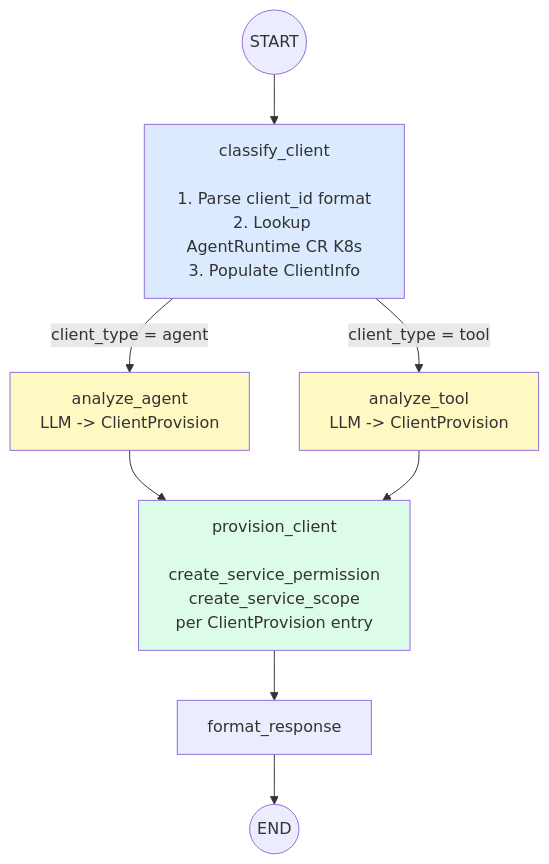
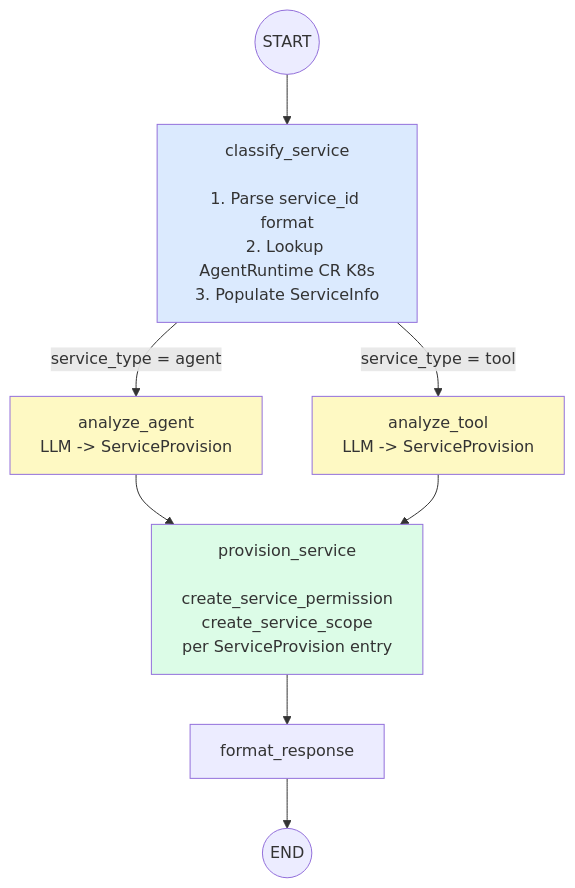
One commit to rossoctl/aiac changed the second of 8 diagrams in inception/requirements/components/aiac-agent.md. Above: the diagram before and after it, drawn with Mermaid. The commit also changed other lines of this file, not shown here.

First line of the commit message:
docs(aiac): rename client to service in AIAC Agent PRD

````diff
--- a/inception/requirements/components/aiac-agent.md
+++ b/inception/requirements/components/aiac-agent.md
@@ -98,18 +102,18 @@
 ```mermaid
 flowchart TD
-    START(("START")) --> CLASSIFY["classify_client\n\n1. Parse client_id format\n2. Lookup AgentRuntime CR K8s\n3. Populate ClientInfo"]
+    START(("START")) --> CLASSIFY["classify_service\n\n1. Parse service_id format\n2. Lookup AgentRuntime CR K8s\n3. Populate ServiceInfo"]
 
-    CLASSIFY -->|"client_type = agent"| ANALYZE_AGENT["analyze_agent\nLLM -> ClientProvision"]
-    CLASSIFY -->|"client_type = tool"| ANALYZE_TOOL["analyze_tool\nLLM -> ClientProvision"]
+    CLASSIFY -->|"service_type = agent"| ANALYZE_AGENT["analyze_agent\nLLM -> ServiceProvision"]
+    CLASSIFY -->|"service_type = tool"| ANALYZE_TOOL["analyze_tool\nLLM -> ServiceProvision"]
 
-    ANALYZE_AGENT --> PROVISION["provision_client\n\ncreate_service_permission\ncreate_service_scope\nper ClientProvision entry"]
+    ANALYZE_AGENT --> PROVISION["provision_service\n\ncreate_service_permission\ncreate_service_scope\nper ServiceProvision entry"]
     ANALYZE_TOOL --> PROVISION
 
     PROVISION --> FORMAT["format_response"]
     FORMAT --> END(("END"))
 
     style CLASSIFY fill:#dbeafe
     style ANALYZE_AGENT fill:#fef9c3
     style ANALYZE_TOOL fill:#fef9c3
     style PROVISION fill:#dcfce7
 ```
````
